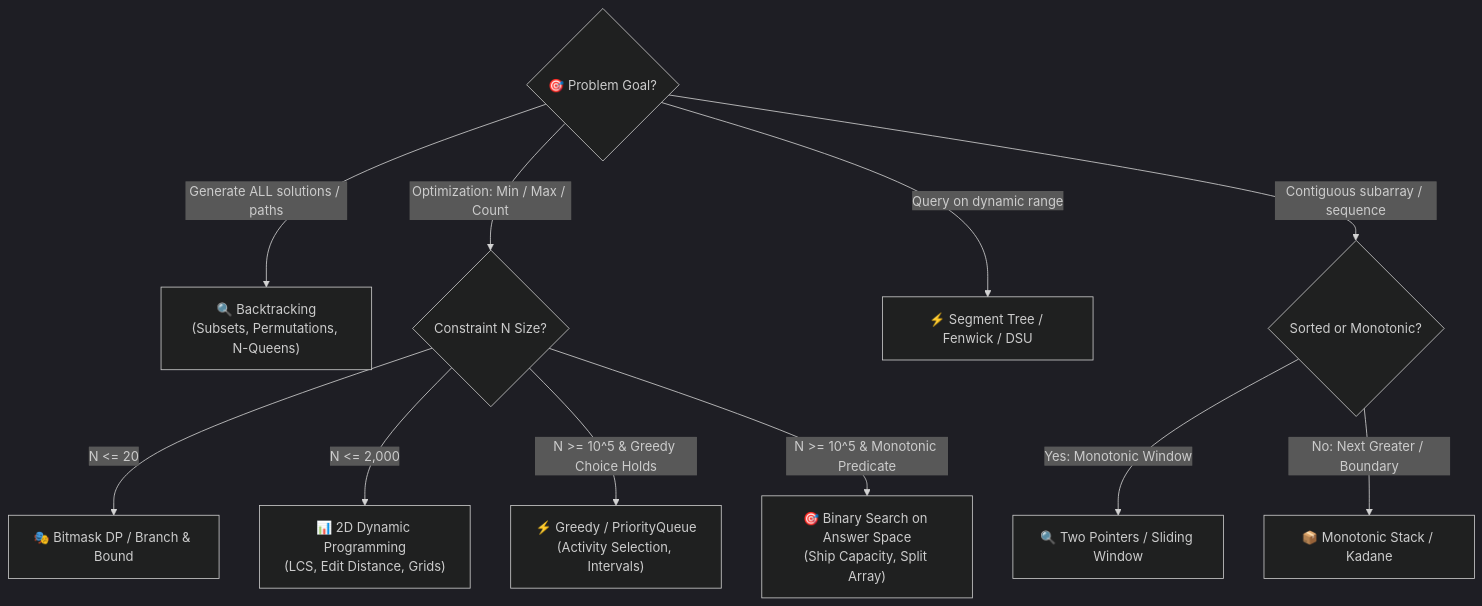
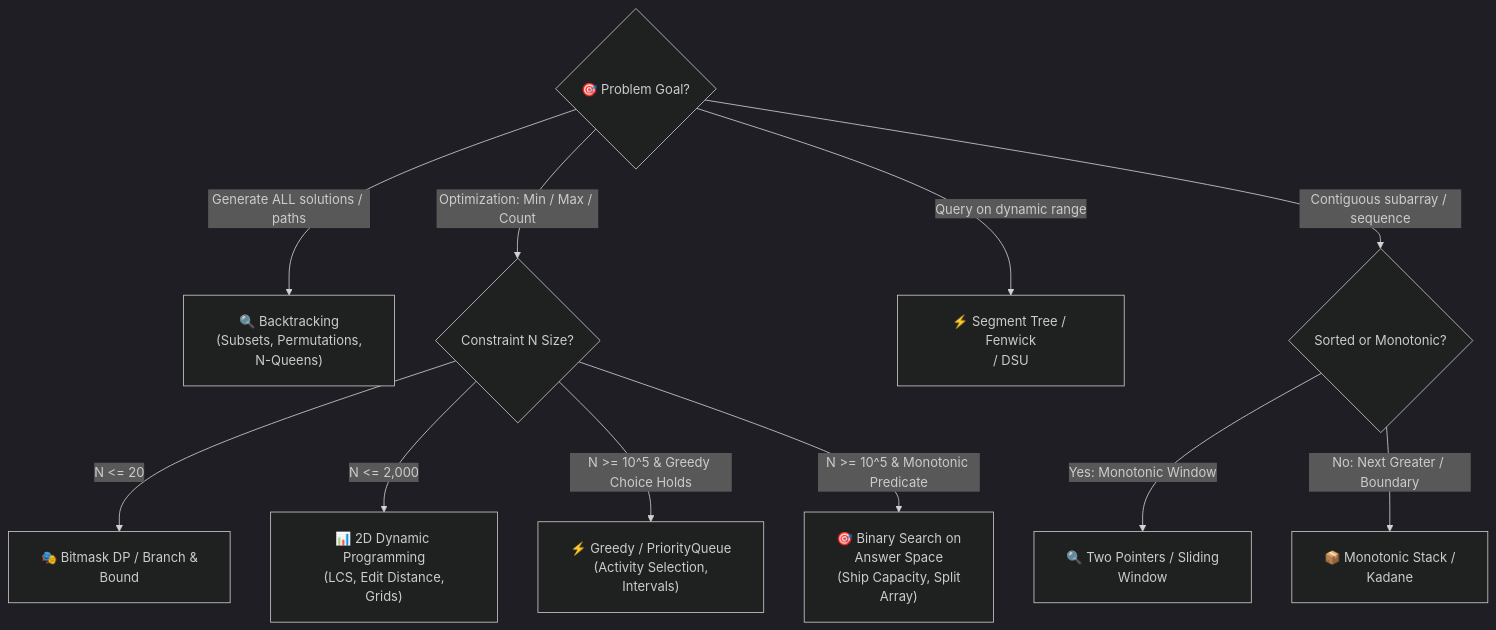
The diagram in week_13_backtracking_and_branch_bound/Week_13_Day_05_Mixed_Paradigm_Problems_Instructional.md (dip4k/DSA_102), drawn with Mermaid (dark theme) before and after one commit. The commit also changed 108 other files, not shown here.

First line of the commit message:
fix(mermaid): resolve diagram clipping, padding, and syntax issues across repo

````diff
--- a/week_13_backtracking_and_branch_bound/Week_13_Day_05_Mixed_Paradigm_Problems_Instructional.md
+++ b/week_13_backtracking_and_branch_bound/Week_13_Day_05_Mixed_Paradigm_Problems_Instructional.md
@@ -298,17 +298,18 @@
 ```mermaid
+%%{init: {"flowchart": {"htmlLabels": true, "padding": 20}}}%%
 flowchart TD
     Start{"🎯 Problem Goal?"}
 
-    Start -->|"Generate ALL solutions / paths"| PathAll["🔍 Backtracking<br/>(Subsets, Permutations, N-Queens)"]
+    Start -->|"Generate ALL solutions / paths"| PathAll["🔍 Backtracking<br/>(Subsets, Permutations,<br/>N-Queens)"]
     Start -->|"Optimization: Min / Max / Count"| PathOpt{"Constraint N Size?"}
-    Start -->|"Query on dynamic range"| PathRange["⚡ Segment Tree / Fenwick / DSU"]
+    Start -->|"Query on dynamic range"| PathRange["⚡ Segment Tree / Fenwick<br/>/ DSU"]
     Start -->|"Contiguous subarray / sequence"| PathSeq{"Sorted or Monotonic?"}
 
-    PathOpt -->|"N <= 20"| OptBitmask["🎭 Bitmask DP / Branch & Bound"]
-    PathOpt -->|"N <= 2,000"| OptDP2D["📊 2D Dynamic Programming<br/>(LCS, Edit Distance, Grids)"]
-    PathOpt -->|"N >= 10^5 & Greedy Choice Holds"| OptGreedy["⚡ Greedy / PriorityQueue<br/>(Activity Selection, Intervals)"]
-    PathOpt -->|"N >= 10^5 & Monotonic Predicate"| OptBS["🎯 Binary Search on Answer Space<br/>(Ship Capacity, Split Array)"]
+    PathOpt -->|"N <= 20"| OptBitmask["🎭 Bitmask DP / Branch &<br/>Bound"]
+    PathOpt -->|"N <= 2,000"| OptDP2D["📊 2D Dynamic Programming<br/>(LCS, Edit Distance,<br/>Grids)"]
+    PathOpt -->|"N >= 10^5 & Greedy Choice Holds"| OptGreedy["⚡ Greedy / PriorityQueue<br/>(Activity Selection,<br/>Intervals)"]
+    PathOpt -->|"N >= 10^5 & Monotonic Predicate"| OptBS["🎯 Binary Search on<br/>Answer Space<br/>(Ship Capacity, Split<br/>Array)"]
 
-    PathSeq -->|"Yes: Monotonic Window"| SeqWindow["🔍 Two Pointers / Sliding Window"]
-    PathSeq -->|"No: Next Greater / Boundary"| SeqStack["📦 Monotonic Stack / Kadane"]
+    PathSeq -->|"Yes: Monotonic Window"| SeqWindow["🔍 Two Pointers / Sliding<br/>Window"]
+    PathSeq -->|"No: Next Greater / Boundary"| SeqStack["📦 Monotonic Stack /<br/>Kadane"]
 ```
````
